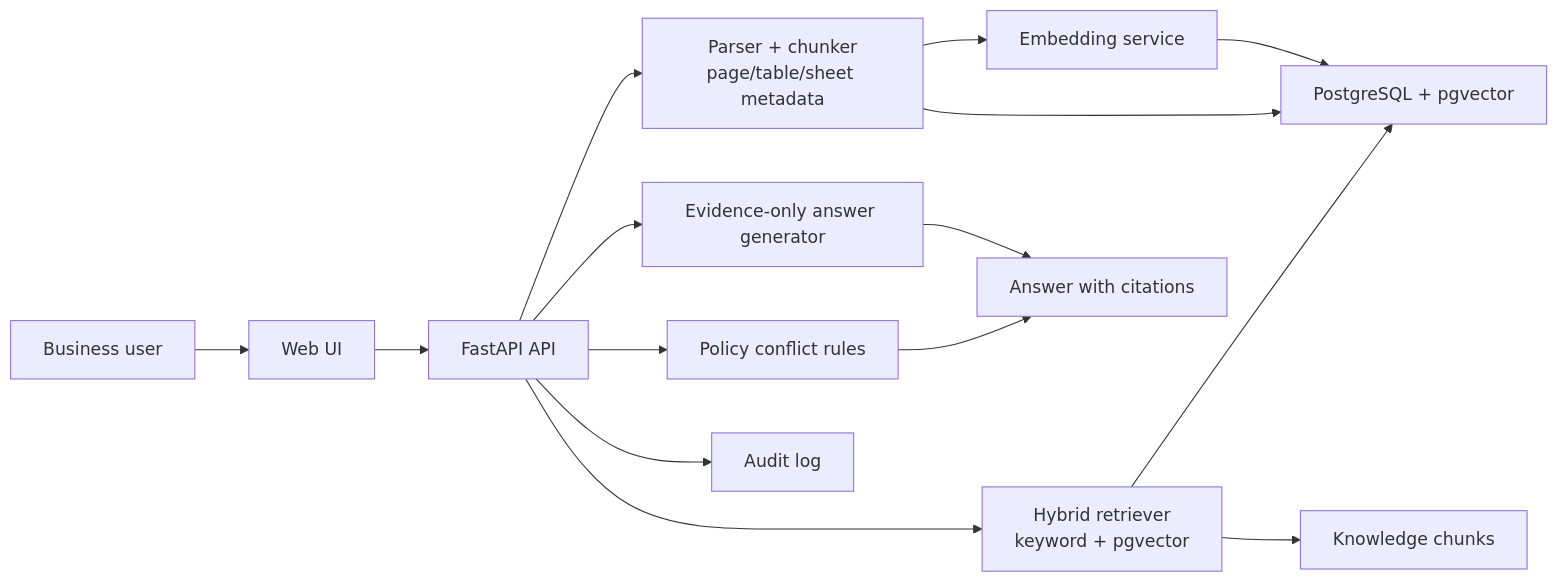
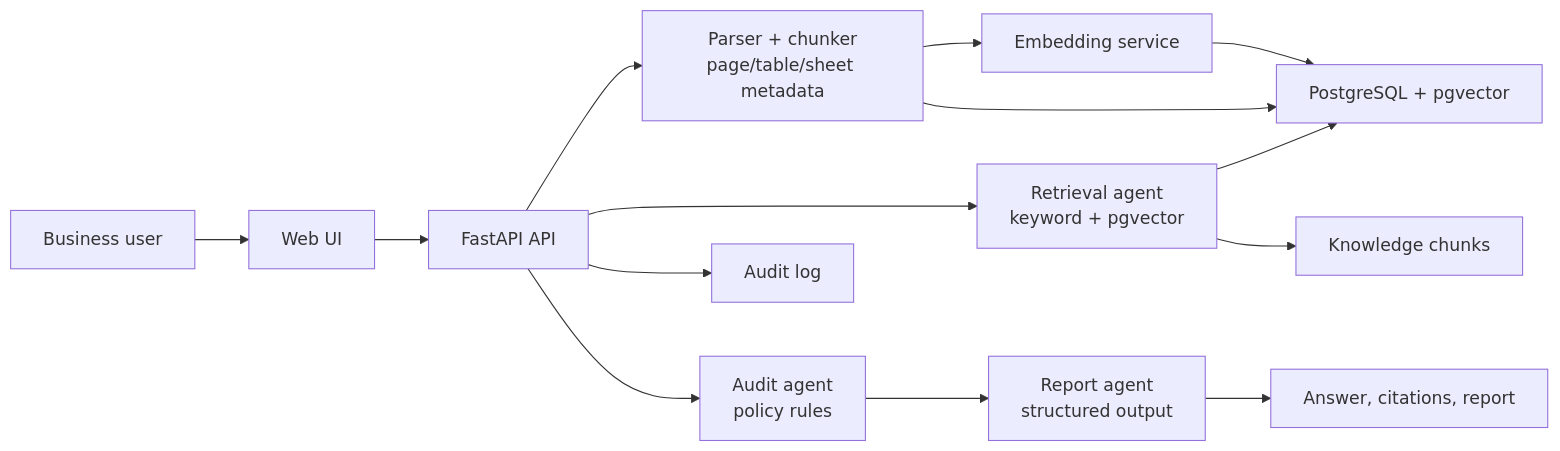
One commit to lfybtx/enterprise-knowledge-audit-agent changed the diagram in docs/architecture.md. Above: the diagram before and after it, drawn with Mermaid. The commit also changed 4 other files, not shown here.

Commit message:
feat: add workflow report output

````diff
--- a/docs/architecture.md
+++ b/docs/architecture.md
@@ -3,17 +3,16 @@
 ```mermaid
 flowchart LR
     U["Business user"] --> W["Web UI"]
     W --> A["FastAPI API"]
     A --> P["Parser + chunker<br/>page/table/sheet metadata"]
     P --> E["Embedding service"]
     E --> D["PostgreSQL + pgvector"]
     P --> D
-    A --> R["Hybrid retriever<br/>keyword + pgvector"]
+    A --> R["Retrieval agent<br/>keyword + pgvector"]
     R --> D
     R --> K["Knowledge chunks"]
-    A --> G["Evidence-only answer generator"]
-    A --> C["Policy conflict rules"]
-    G --> O["Answer with citations"]
-    C --> O
+    A --> C["Audit agent<br/>policy rules"]
+    C --> G["Report agent<br/>structured output"]
+    G --> O["Answer, citations, report"]
     A --> L["Audit log"]
 ```
````
